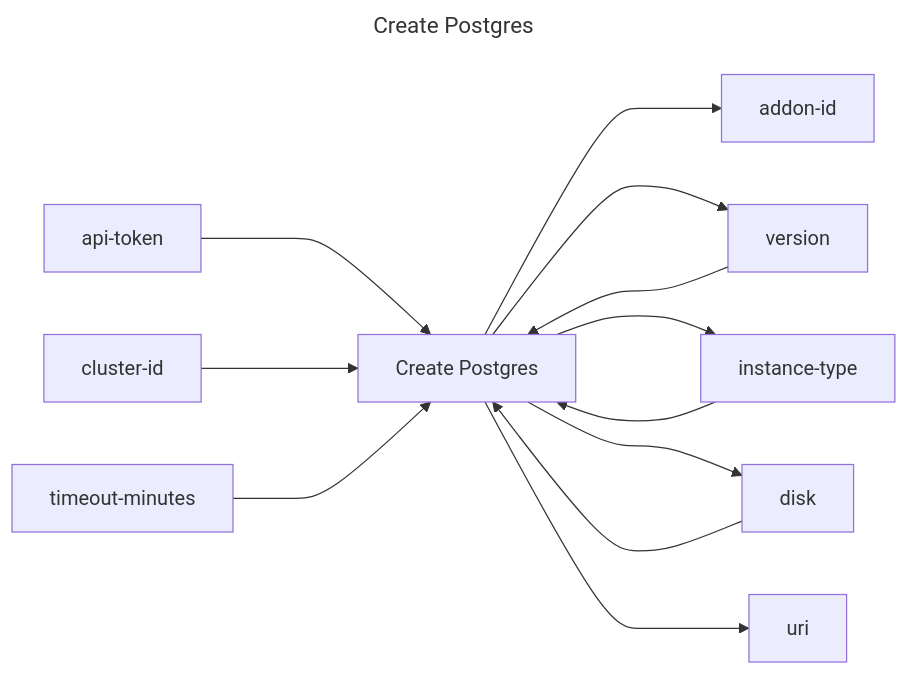
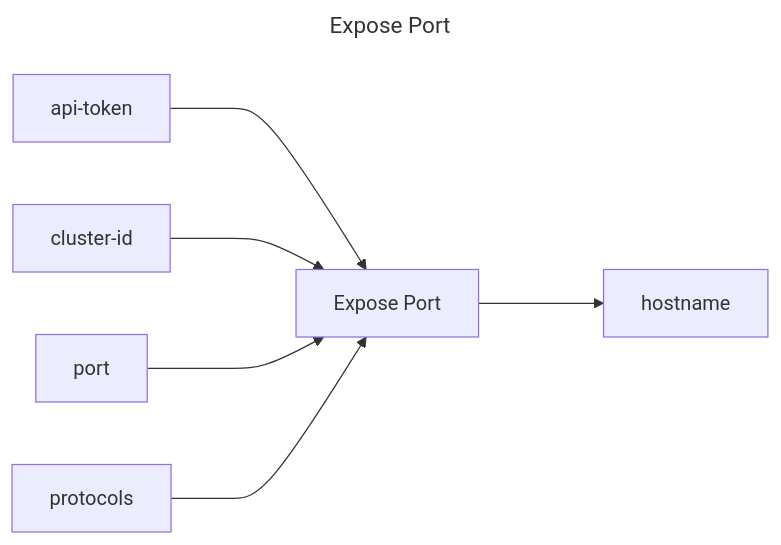
One commit to replicatedhq/replicated-actions changed the diagram in expose-port/README.md. Above: the diagram before and after it, drawn with Mermaid. The commit also changed other lines of this file and 3 other files, not shown here.

````diff
--- a/expose-port/README.md
+++ b/expose-port/README.md
@@ -3,29 +3,17 @@
 ```mermaid
 ---
-title: Create Postgres
+title: Expose Port
 ---
 graph LR
-create_postgres["Create Postgres"]
+expose_port["Expose Port"]
 api_token["api-token"]
 cluster_id["cluster-id"]
-version["version"]
-instance_type["instance-type"]
-disk["disk"]
-timeout_minutes["timeout-minutes"]
-addon_id["addon-id"]
-version["version"]
-instance_type["instance-type"]
-disk["disk"]
-uri["uri"]
-api_token ---> create_postgres
-cluster_id ---> create_postgres
-version ---> create_postgres
-instance_type ---> create_postgres
-disk ---> create_postgres
-timeout_minutes ---> create_postgres
-create_postgres ---> addon_id
-create_postgres ---> version
-create_postgres ---> instance_type
-create_postgres ---> disk
-create_postgres ---> uri
+port["port"]
+protocols["protocols"]
+hostname["hostname"]
+api_token ---> expose_port
+cluster_id ---> expose_port
+port ---> expose_port
+protocols ---> expose_port
+expose_port ---> hostname
 ```
````
